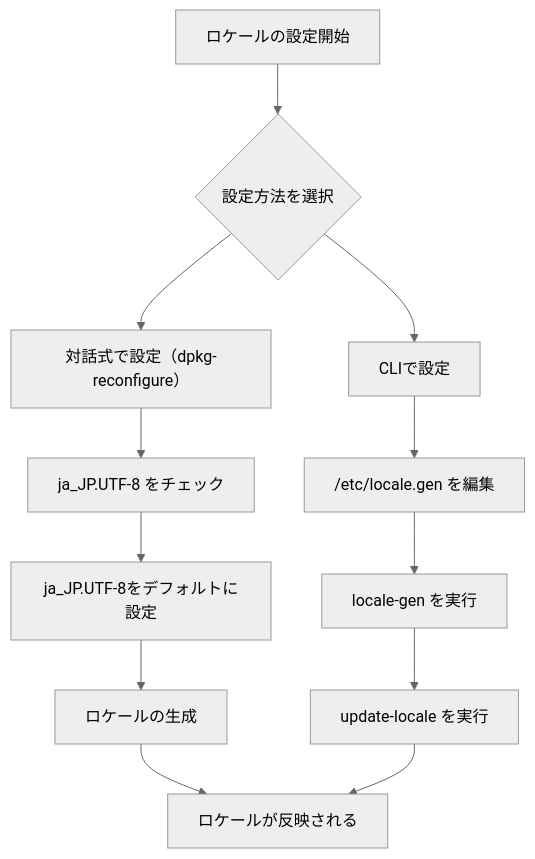
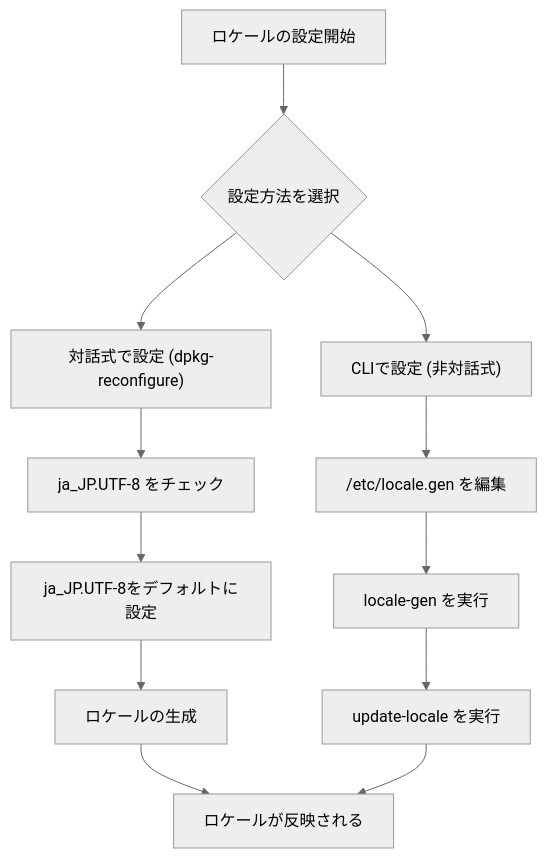
Before and after one commit to atsushifx/zenn-dev: the second of 4 diagrams in articles/wsl2-setup-debian-japanese.md, drawn with Mermaid (neutral theme). The commit also changed other lines of this file, not shown here.

Commit message:
feat(wsl2-japanese): mermaid.js内の括弧を半角に変更

````diff
--- a/articles/wsl2-setup-debian-japanese.md
+++ b/articles/wsl2-setup-debian-japanese.md
@@ -282,17 +277,17 @@
 ```mermaid
 flowchart TD
   A[ロケールの設定開始] --> B{設定方法を選択}
 
-  B --> C1[対話式で設定（dpkg-reconfigure）]
-  B --> D2[CLIで設定]
+  B --> C1["対話式で設定 (dpkg-reconfigure)"]
+  B --> D2["CLIで設定 (非対話式)"]
 
   C1 --> C2[ja_JP.UTF-8 をチェック]
   C2 --> C3[ja_JP.UTF-8をデフォルトに設定]
   C3 --> C4[ロケールの生成]
   C4 --> E[ロケールが反映される]
 
   D2 --> D3["/etc/locale.gen" を編集 ]
   D3 --> D4["locale-gen" を実行 ]
   D4 --> D5["update-locale" を実行 ]
   D5 --> E
 ```
````
